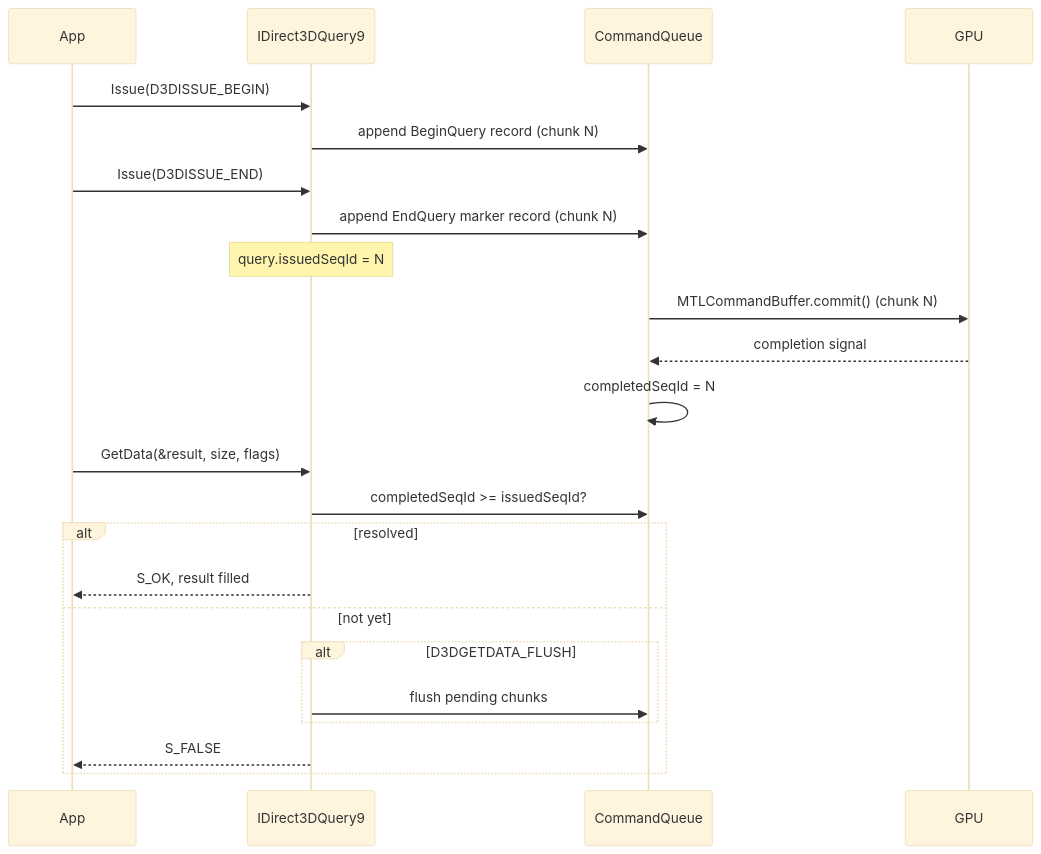
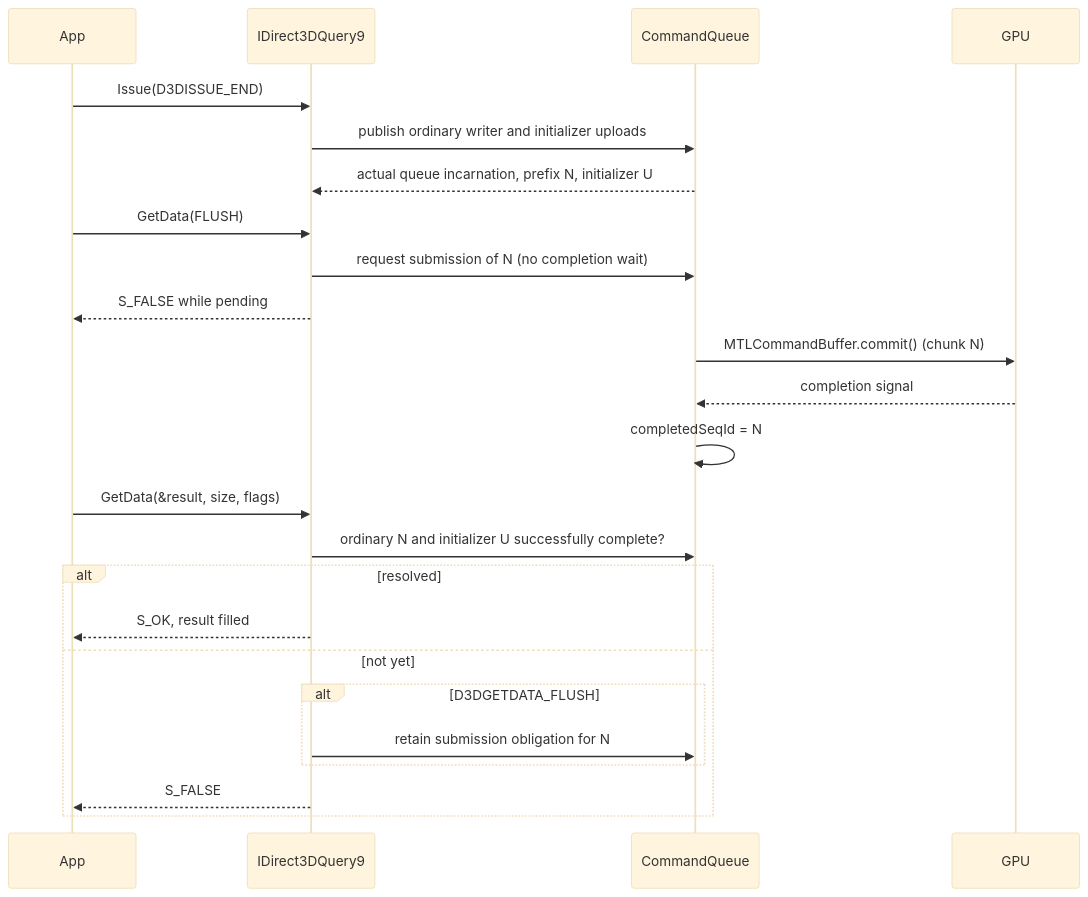
The first of 2 diagrams in specs/d3d9/queries/spec.md (dfdgsdfg/dxmt9), drawn with Mermaid (base theme) before and after one commit. The commit also changed other lines of this file and 32 other files, not shown here.

First line of the commit message:
feat(query): default to verified asynchronous completion fences

````diff
--- a/specs/d3d9/queries/spec.md
+++ b/specs/d3d9/queries/spec.md
@@ -46,29 +49,30 @@
 ```mermaid
 sequenceDiagram
     participant App
     participant Core as IDirect3DQuery9
     participant CQ as CommandQueue
     participant GPU
 
-    App->>Core: Issue(D3DISSUE_BEGIN)
-    Core->>CQ: append BeginQuery record (chunk N)
+    App->>Core: Issue(D3DISSUE_END)
+    Core->>CQ: publish ordinary writer and initializer uploads
+    CQ-->>Core: actual queue incarnation, prefix N, initializer U
 
-    App->>Core: Issue(D3DISSUE_END)
-    Core->>CQ: append EndQuery marker record (chunk N)
-    Note over Core: query.issuedSeqId = N
+    App->>Core: GetData(FLUSH)
+    Core->>CQ: request submission of N (no completion wait)
+    Core-->>App: S_FALSE while pending
 
     CQ->>GPU: MTLCommandBuffer.commit() (chunk N)
     GPU-->>CQ: completion signal
     CQ->>CQ: completedSeqId = N
 
     App->>Core: GetData(&result, size, flags)
-    Core->>CQ: completedSeqId >= issuedSeqId?
+    Core->>CQ: ordinary N and initializer U successfully complete?
     alt resolved
         Core-->>App: S_OK, result filled
     else not yet
         alt D3DGETDATA_FLUSH
-            Core->>CQ: flush pending chunks
+            Core->>CQ: retain submission obligation for N
         end
         Core-->>App: S_FALSE
     end
 ```
````
